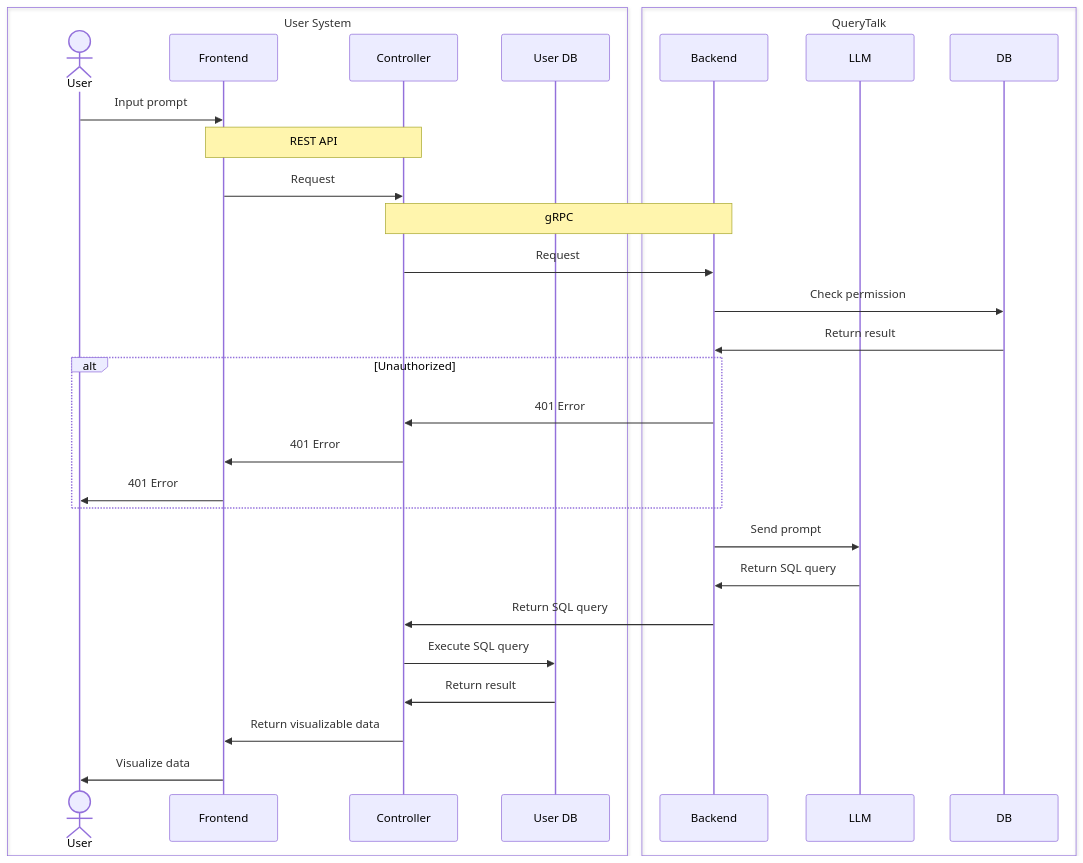
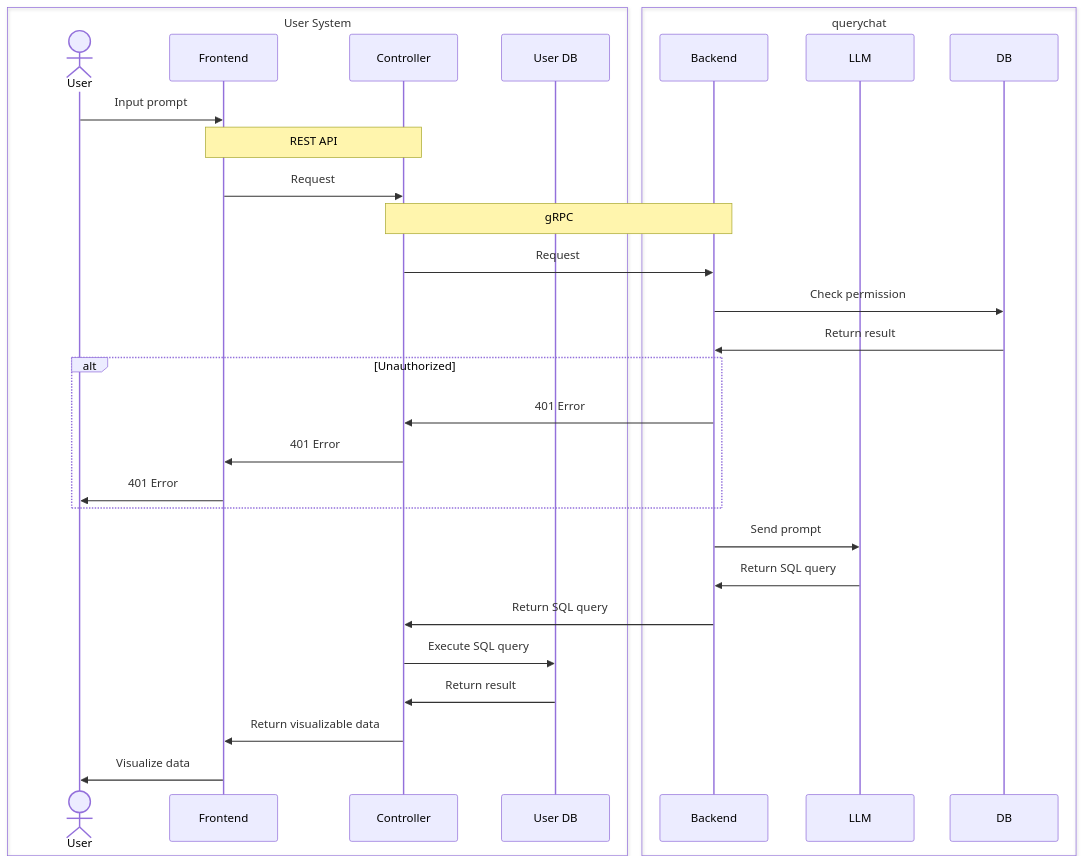
The diagram in README.md (rihib/querytalk), drawn with Mermaid before and after one commit. The commit also changed other lines of this file and 12 other files, not shown here.

````diff
--- a/README.md
+++ b/README.md
@@ -5,34 +5,34 @@
 ```mermaid
 sequenceDiagram
   box User System
     actor User
     participant Frontend
     participant Controller
     participant User DB
   end
-  box QueryTalk
+  box querychat
     participant Backend
     participant LLM
     participant DB
   end
 
   User ->> Frontend: Input prompt
   Note over Frontend, Controller: REST API
   Frontend ->> Controller: Request
   Note over Controller, Backend: gRPC
   Controller ->> Backend: Request
   Backend ->> DB: Check permission
   DB ->> Backend: Return result
   alt Unauthorized
     Backend ->> Controller: 401 Error
     Controller ->> Frontend: 401 Error
     Frontend ->> User: 401 Error
   end
   Backend ->> LLM: Send prompt
   LLM ->> Backend: Return SQL query
   Backend ->> Controller: Return SQL query
   Controller ->> User DB: Execute SQL query
   User DB ->> Controller: Return result
   Controller ->> Frontend: Return visualizable data
   Frontend ->> User: Visualize data
 ```
````
